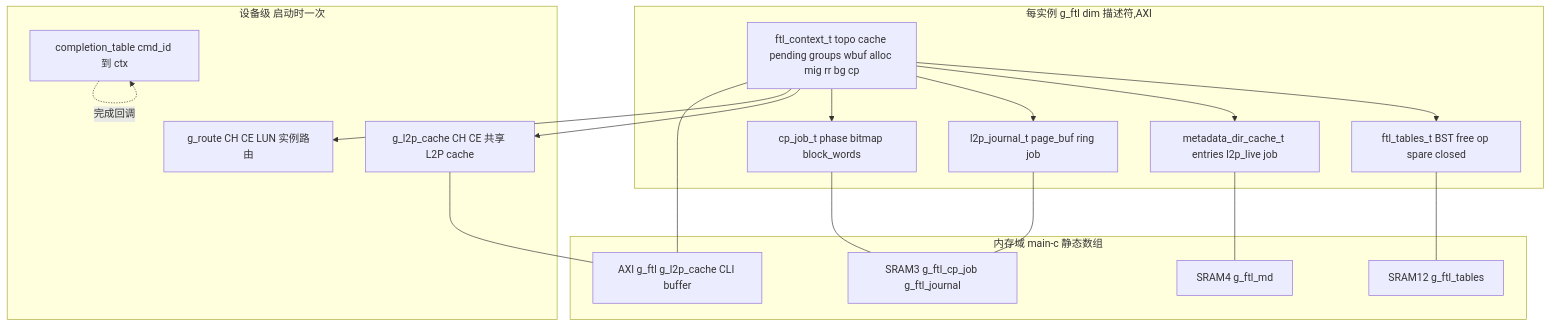
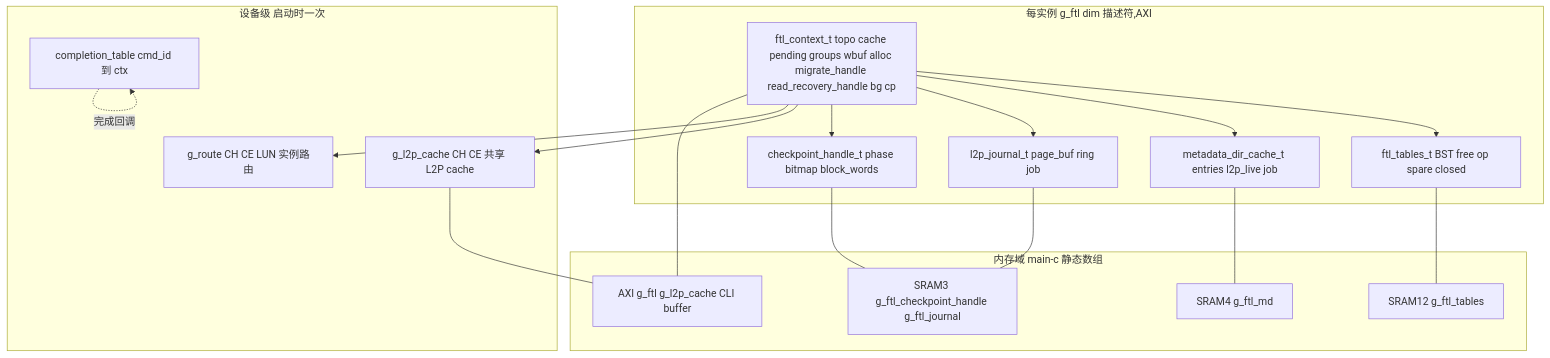
Before and after one commit to YzYMIAO/BASESSD: diagram 32 of 32 in docs/design/ftl_design.md, drawn with Mermaid. The commit also changed other lines of this file and 46 other files, not shown here.

First line of the commit message:
refactor(ftl): 异步 job 统一为 handle，完成服务统一为 callback

````diff
--- a/docs/design/ftl_design.md
+++ b/docs/design/ftl_design.md
@@ -3822,37 +3822,37 @@
 ```mermaid
 flowchart TB
     subgraph "设备级 启动时一次"
         ROUTE["g_route CH CE LUN 实例路由"]
         CT["completion_table cmd_id 到 ctx"]
         LC["g_l2p_cache CH CE 共享 L2P cache"]
     end
 
     subgraph "每实例 g_ftl dim 描述符,AXI"
-        CTX["ftl_context_t topo cache pending groups wbuf alloc mig rr bg cp"]
+        CTX["ftl_context_t topo cache pending groups wbuf alloc migrate_handle read_recovery_handle bg cp"]
         TAB["ftl_tables_t BST free op spare closed"]
         MD["metadata_dir_cache_t entries l2p_live job"]
         JRN["l2p_journal_t page_buf ring job"]
-        CPJ["cp_job_t phase bitmap block_words"]
+        CPJ["checkpoint_handle_t phase bitmap block_words"]
     end
 
     subgraph "内存域 main-c 静态数组"
         D12["SRAM12 g_ftl_tables"]
-        D3["SRAM3 g_ftl_cp_job g_ftl_journal"]
+        D3["SRAM3 g_ftl_checkpoint_handle g_ftl_journal"]
         D4["SRAM4 g_ftl_md"]
         AX["AXI g_ftl g_l2p_cache CLI buffer"]
     end
 
     CTX --> TAB
     CTX --> MD
     CTX --> JRN
     CTX --> CPJ
     CTX --> LC
     CTX --> ROUTE
     CT -.->|完成回调| CT
     TAB --- D12
     CPJ --- D3
     JRN --- D3
     MD --- D4
     CTX --- AX
     LC --- AX
 ```
````
